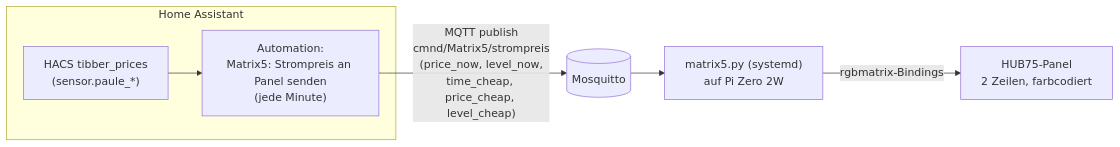
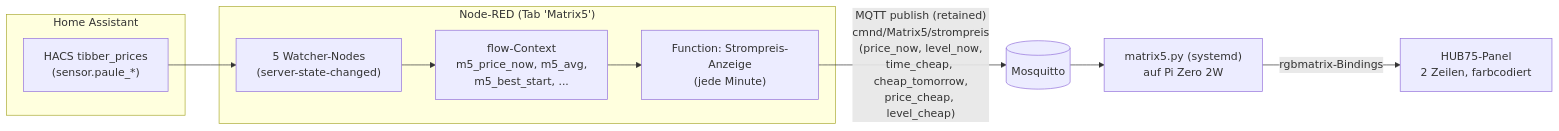
The diagram in docs/matrix5-strompreis.md (icepaule/IceMatrix), drawn with Mermaid before and after one commit. The commit also changed other lines of this file and 3 other files, not shown here.

First line of the commit message:
feat(matrix5): auf Node-RED migriert, weisse Uhrzeit + Morgen-Marker

````diff
--- a/docs/matrix5-strompreis.md
+++ b/docs/matrix5-strompreis.md
@@ -34,11 +37,15 @@
 ```mermaid
 flowchart LR
     subgraph HA["Home Assistant"]
         TIBBER["HACS tibber_prices<br/>(sensor.paule_*)"]
-        AUTO["Automation:<br/>Matrix5: Strompreis an Panel senden<br/>(jede Minute)"]
     end
-    TIBBER --> AUTO
-    AUTO -->|"MQTT publish<br/>cmnd/Matrix5/strompreis<br/>(price_now, level_now,<br/>time_cheap, price_cheap, level_cheap)"| MQTT[("Mosquitto")]
+    subgraph NR["Node-RED (Tab 'Matrix5')"]
+        WATCH["5 Watcher-Nodes<br/>(server-state-changed)"]
+        CTX["flow-Context<br/>m5_price_now, m5_avg,<br/>m5_best_start, ..."]
+        COMPOSE["Function: Strompreis-Anzeige<br/>(jede Minute)"]
+    end
+    TIBBER --> WATCH --> CTX --> COMPOSE
+    COMPOSE -->|"MQTT publish (retained)<br/>cmnd/Matrix5/strompreis<br/>(price_now, level_now,<br/>time_cheap, cheap_tomorrow,<br/>price_cheap, level_cheap)"| MQTT[("Mosquitto")]
     MQTT --> SVC["matrix5.py (systemd)<br/>auf Pi Zero 2W"]
     SVC -->|"rgbmatrix-Bindings"| PANEL["HUB75-Panel<br/>2 Zeilen, farbcodiert"]
 ```
````
